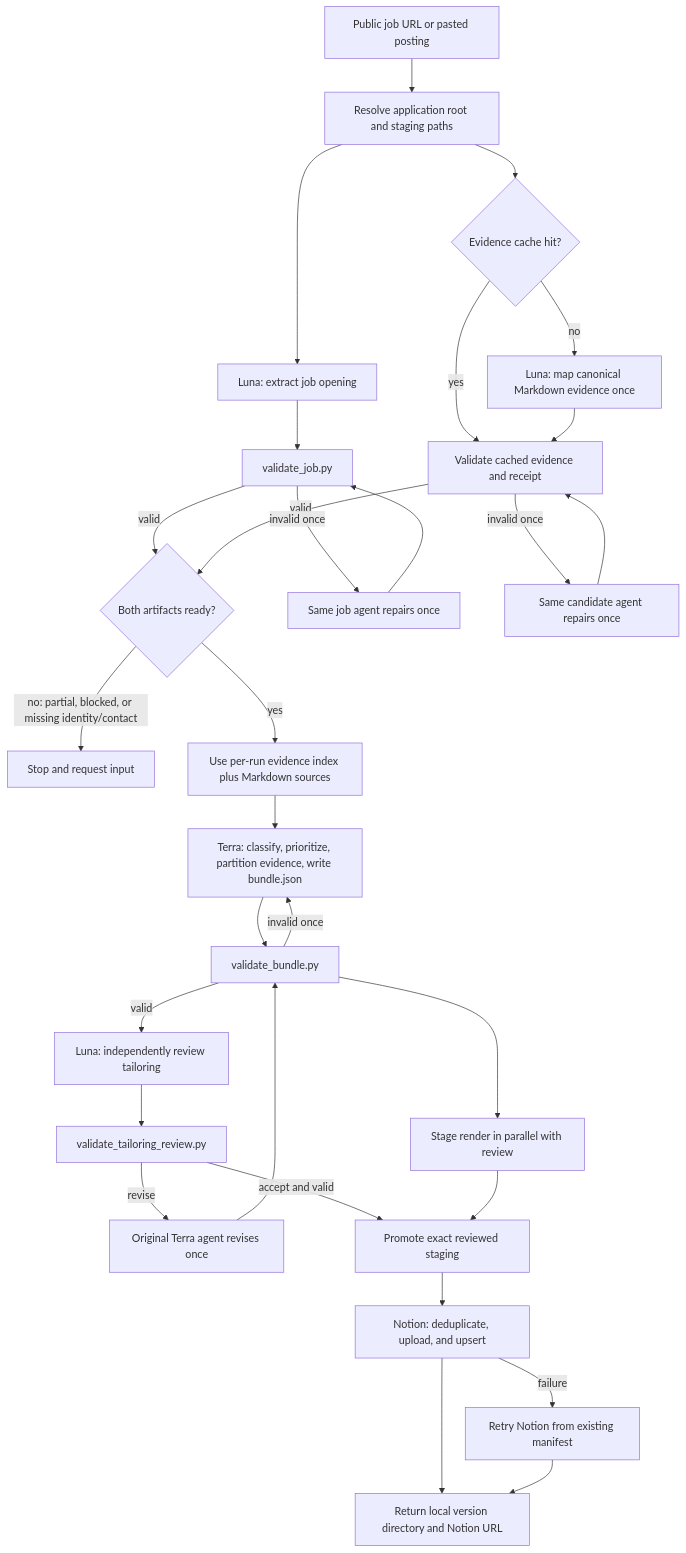
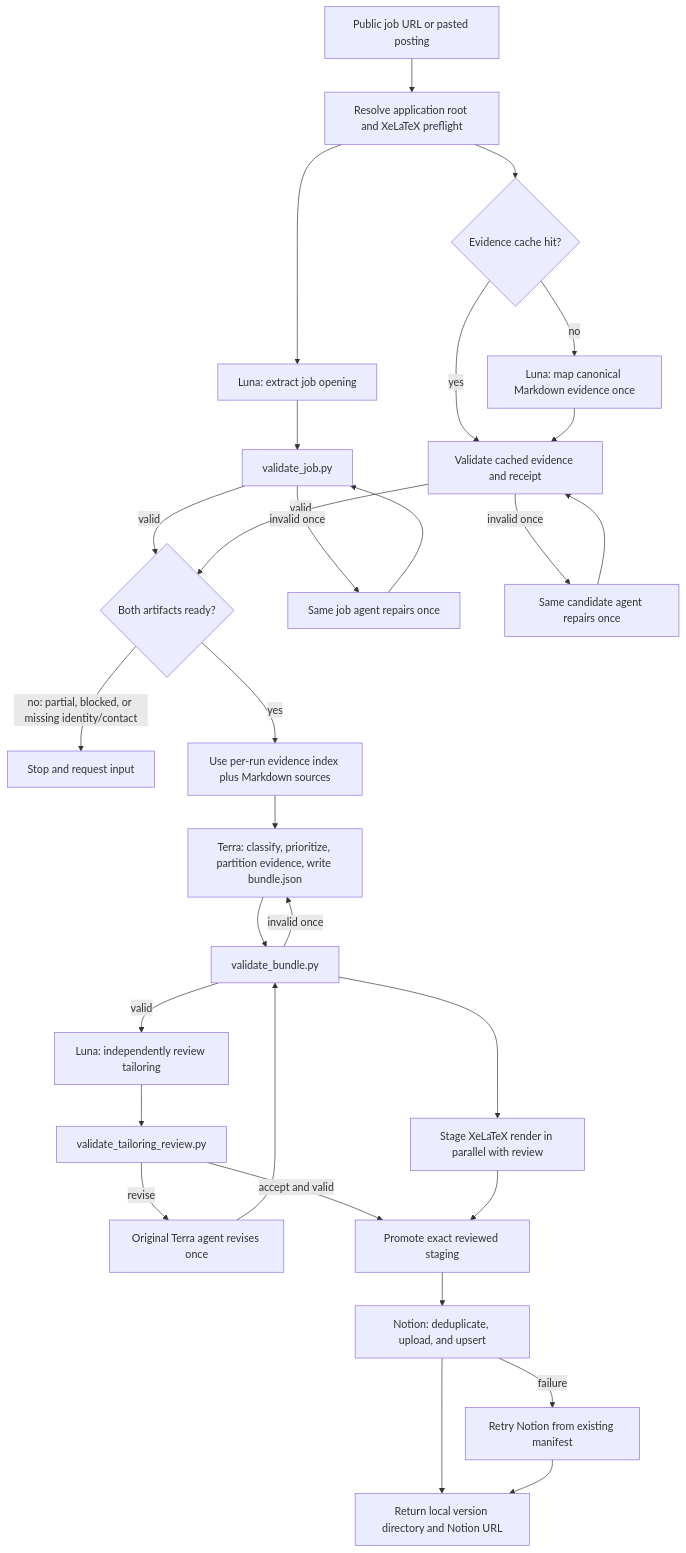
Before and after one commit to DDFaller/job-application-agents: the diagram in docs/job-application-workflow.md, drawn with Mermaid. The commit also changed other lines of this file and 25 other files, not shown here.

````diff
--- a/docs/job-application-workflow.md
+++ b/docs/job-application-workflow.md
@@ -31,32 +36,32 @@
 ```mermaid
 flowchart TD
-    A[Public job URL or pasted posting] --> B[Resolve application root and staging paths]
+    A[Public job URL or pasted posting] --> B[Resolve application root and XeLaTeX preflight]
     B --> C1[Luna: extract job opening]
     B --> C2{Evidence cache hit?}
     C2 -->|no| C3[Luna: map canonical Markdown evidence once]
     C2 -->|yes| D2[Validate cached evidence and receipt]
     C3 --> D2
     C1 --> D1[validate_job.py]
     D1 -->|valid| E{Both artifacts ready?}
     D2 -->|valid| E
     D1 -->|invalid once| R1[Same job agent repairs once]
     D2 -->|invalid once| R2[Same candidate agent repairs once]
     R1 --> D1
     R2 --> D2
     E -->|no: partial, blocked, or missing identity/contact| X[Stop and request input]
     E -->|yes| F[Use per-run evidence index plus Markdown sources]
     F --> G[Terra: classify, prioritize, partition evidence, write bundle.json]
     G --> H[validate_bundle.py]
     H -->|invalid once| G
     H -->|valid| I[Luna: independently review tailoring]
     I --> J[validate_tailoring_review.py]
-    H --> L[Stage render in parallel with review]
+    H --> L[Stage XeLaTeX render in parallel with review]
     J -->|revise| K[Original Terra agent revises once]
     K --> H
     J -->|accept and valid| M[Promote exact reviewed staging]
     L --> M
     M --> O[Notion: deduplicate, upload, and upsert]
     O --> P[Return local version directory and Notion URL]
     O -->|failure| Q[Retry Notion from existing manifest]
     Q --> P
 ```
````
